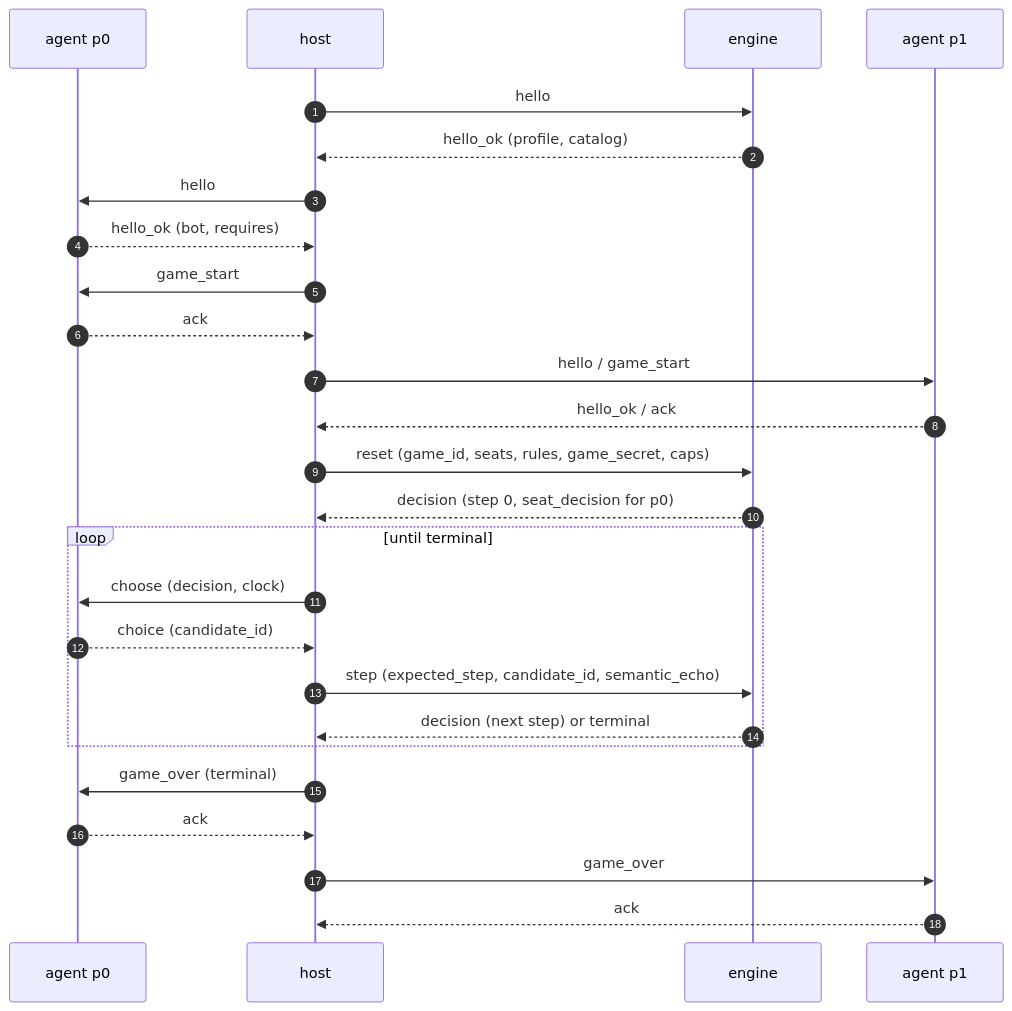
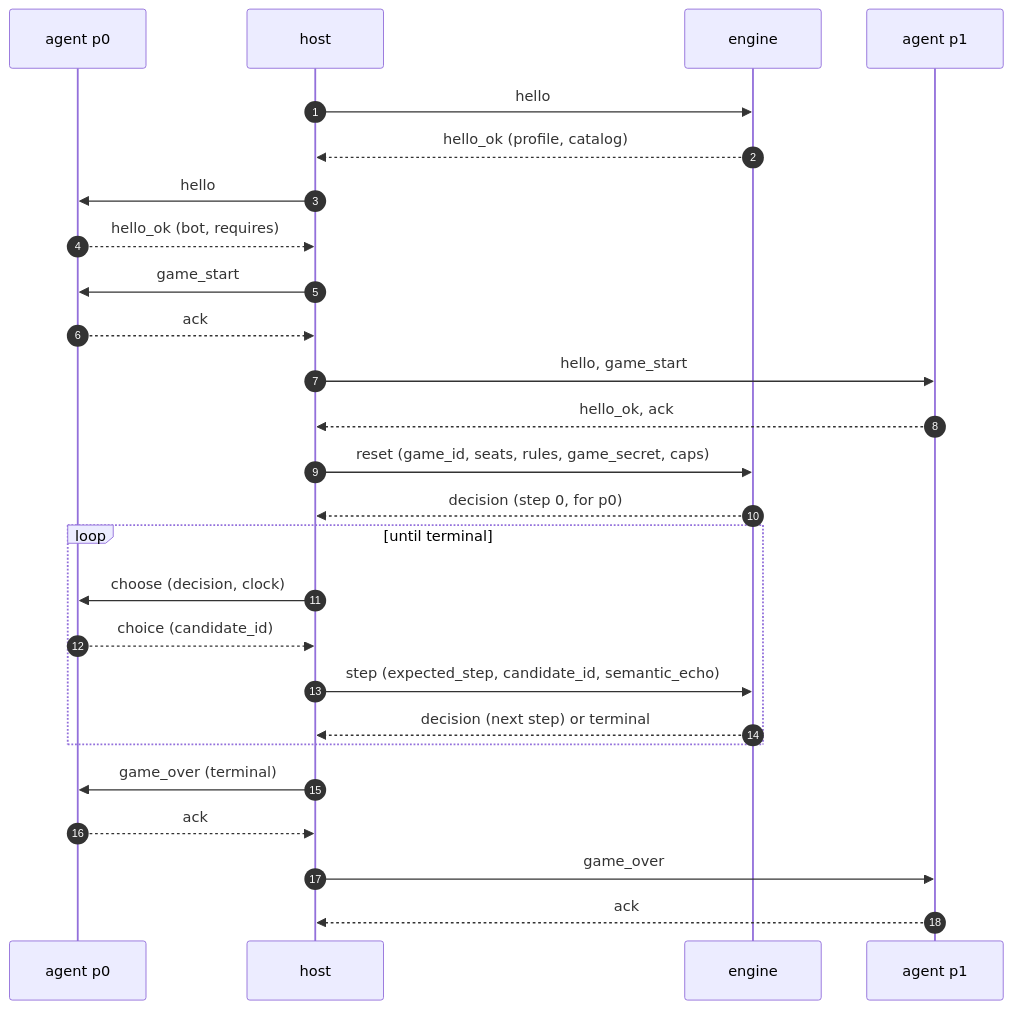
One commit to adams-shaun/gorge changed the diagram in docs/site/api/spellbench-v2.md. Above: the diagram before and after it, drawn with Mermaid. The commit also changed other lines of this file, not shown here.

````diff
--- a/docs/site/api/spellbench-v2.md
+++ b/docs/site/api/spellbench-v2.md
@@ -140,28 +30,28 @@
 ```mermaid
 sequenceDiagram
   autonumber
   participant A0 as agent p0
   participant H as host
   participant E as engine
   participant A1 as agent p1
   H->>E: hello
   E-->>H: hello_ok (profile, catalog)
   H->>A0: hello
   A0-->>H: hello_ok (bot, requires)
   H->>A0: game_start
   A0-->>H: ack
-  H->>A1: hello / game_start
-  A1-->>H: hello_ok / ack
+  H->>A1: hello, game_start
+  A1-->>H: hello_ok, ack
   H->>E: reset (game_id, seats, rules, game_secret, caps)
-  E-->>H: decision (step 0, seat_decision for p0)
+  E-->>H: decision (step 0, for p0)
   loop until terminal
     H->>A0: choose (decision, clock)
     A0-->>H: choice (candidate_id)
     H->>E: step (expected_step, candidate_id, semantic_echo)
     E-->>H: decision (next step) or terminal
   end
   H->>A0: game_over (terminal)
   A0-->>H: ack
   H->>A1: game_over
   A1-->>H: ack
 ```
````
